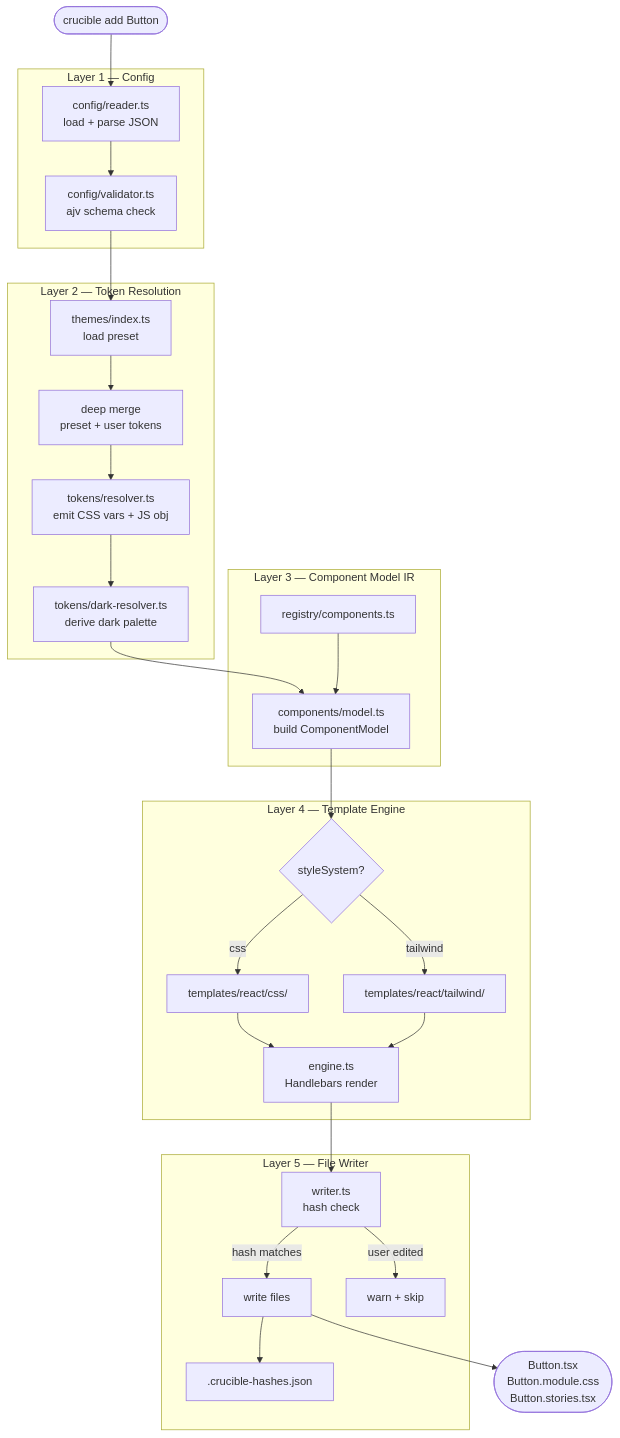
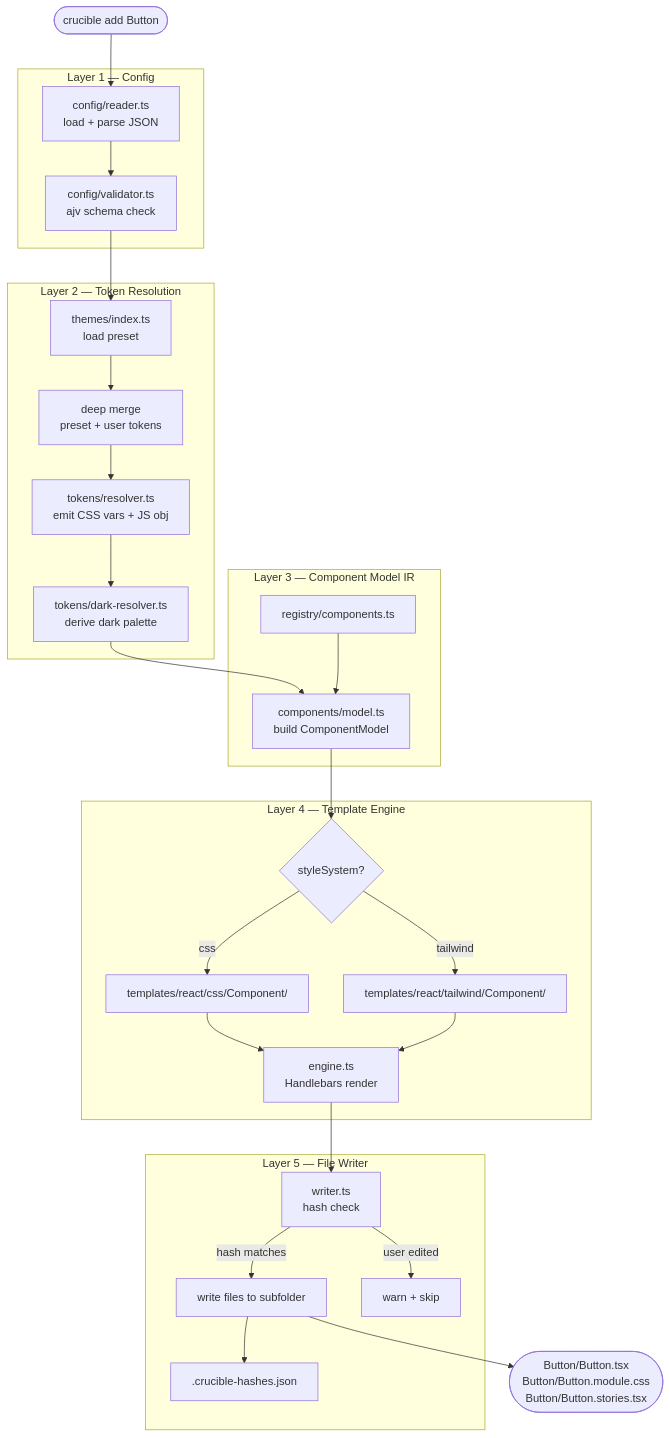
Before and after one commit to Naveen2070/project_crucible: the second of 47 diagrams in crucible-architecture.md, drawn with Mermaid. The commit also changed other lines of this file and 1 other file, not shown here.

Commit message:
docs: update architecture diagrams for Phase 5 structure

````diff
--- a/crucible-architecture.md
+++ b/crucible-architecture.md
@@ -69,38 +69,38 @@
 ```mermaid
 flowchart TD
     A([crucible add Button]) --> B
 
     subgraph CONFIG ["Layer 1 — Config"]
         B[config/reader.ts\nload + parse JSON]
         B --> C[config/validator.ts\najv schema check]
     end
 
     subgraph TOKENS ["Layer 2 — Token Resolution"]
         C --> D[themes/index.ts\nload preset]
         D --> E[deep merge\npreset + user tokens]
         E --> F[tokens/resolver.ts\nemit CSS vars + JS obj]
         F --> G[tokens/dark-resolver.ts\nderive dark palette]
     end
 
     subgraph MODEL ["Layer 3 — Component Model IR"]
         G --> H[components/model.ts\nbuild ComponentModel]
         I[registry/components.ts] --> H
     end
 
     subgraph TEMPLATE ["Layer 4 — Template Engine"]
         H --> J{styleSystem?}
-        J -->|css| K[templates/react/css/]
-        J -->|tailwind| L[templates/react/tailwind/]
+        J -->|css| K[templates/react/css/Component/]
+        J -->|tailwind| L[templates/react/tailwind/Component/]
         K --> M[engine.ts\nHandlebars render]
         L --> M
     end
 
     subgraph WRITER ["Layer 5 — File Writer"]
         M --> N[writer.ts\nhash check]
-        N -->|hash matches| O[write files]
+        N -->|hash matches| O[write files to subfolder]
         N -->|user edited| P[warn + skip]
         O --> Q[.crucible-hashes.json]
     end
 
-    O --> R([Button.tsx\nButton.module.css\nButton.stories.tsx])
+    O --> R([Button/Button.tsx\nButton/Button.module.css\nButton/Button.stories.tsx])
 ```
````
